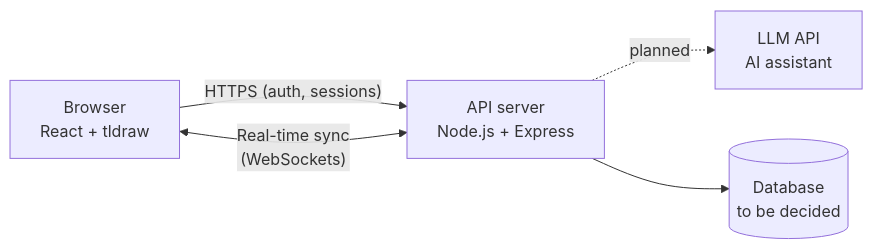
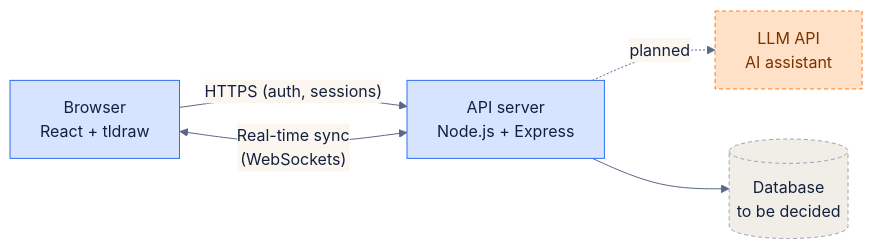
One commit to mishraaviral7002/Converge changed the diagram in README.md. Above: the diagram before and after it, drawn with Mermaid. The commit also changed other lines of this file and 4 other files, not shown here.

````diff
--- a/README.md
+++ b/README.md
@@ -52,7 +43,12 @@
 ```mermaid
+%%{init: {'theme': 'base', 'themeVariables': {'primaryColor': '#D6E4FF', 'primaryBorderColor': '#2F6FED', 'primaryTextColor': '#14213D', 'lineColor': '#5B6785', 'edgeLabelBackground': '#FBF7F0', 'fontFamily': 'ui-sans-serif, system-ui, sans-serif'}}}%%
 flowchart LR
     A["Browser<br/>React + tldraw"] -- "HTTPS (auth, sessions)" --> B["API server<br/>Node.js + Express"]
     A <-- "Real-time sync<br/>(WebSockets)" --> B
     B -. "planned" .-> C["LLM API<br/>AI assistant"]
     B --> D[("Database<br/>to be decided")]
+    classDef planned fill:#FFE1C7,stroke:#FF7A1A,color:#7A3300,stroke-dasharray:4 3
+    classDef tbd fill:#F1EEE8,stroke:#9AA3B5,color:#14213D,stroke-dasharray:4 3
+    class C planned
+    class D tbd
 ```
````
